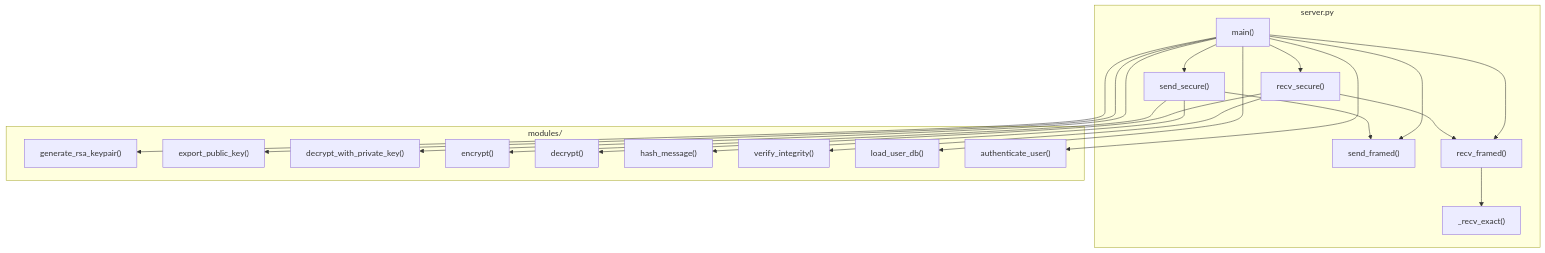
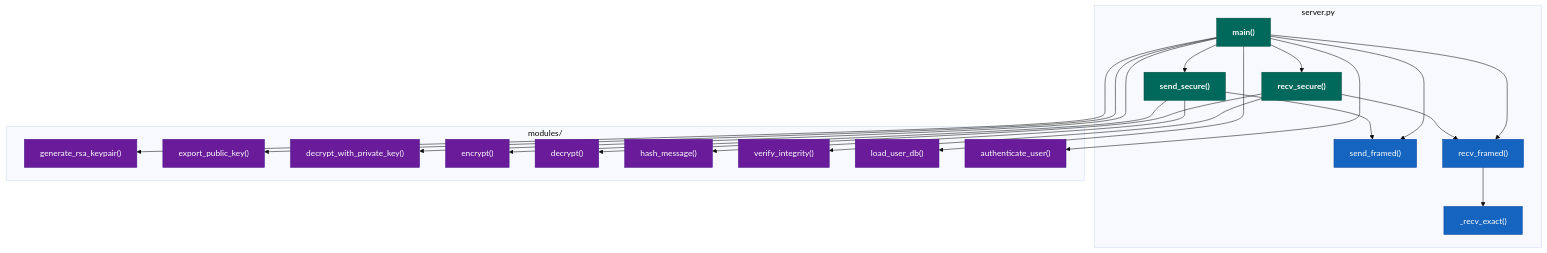
One commit to HeshamAfandi/Secure-Communication-System changed the tenth of 14 diagrams in PROJECT_DOCUMENTATION.md. Above: the diagram before and after it, drawn with Mermaid. The commit also changed other lines of this file, not shown here.

Commit message:
made the diagrams colored

````diff
--- a/PROJECT_DOCUMENTATION.md
+++ b/PROJECT_DOCUMENTATION.md
@@ -773,41 +829,46 @@
 ```mermaid
+%%{init: {'theme': 'base'}}%%
 flowchart TD
+    classDef serverFunc fill:#00695C,stroke:#004D40,color:#FFFFFF,font-weight:bold
+    classDef netFunc    fill:#1565C0,stroke:#0D47A1,color:#FFFFFF
+    classDef cryptoFunc fill:#6A1B9A,stroke:#4A148C,color:#FFFFFF
+
     subgraph SERVER["server.py"]
-        M["main()"]
-        SF["send_framed()"]
-        RF["recv_framed()"]
-        RE["_recv_exact()"]
-        SS["send_secure()"]
-        RS["recv_secure()"]
+        M["main()"]:::serverFunc
+        SF["send_framed()"]:::netFunc
+        RF["recv_framed()"]:::netFunc
+        RE["_recv_exact()"]:::netFunc
+        SS["send_secure()"]:::serverFunc
+        RS["recv_secure()"]:::serverFunc
     end
 
     subgraph CRYPTO["modules/"]
-        GK["generate_rsa_keypair()"]
-        EPK["export_public_key()"]
-        DPK["decrypt_with_private_key()"]
-        ENC["encrypt()"]
-        DEC["decrypt()"]
-        HM["hash_message()"]
-        VI["verify_integrity()"]
-        LDB["load_user_db()"]
-        AU["authenticate_user()"]
+        GK["generate_rsa_keypair()"]:::cryptoFunc
+        EPK["export_public_key()"]:::cryptoFunc
+        DPK["decrypt_with_private_key()"]:::cryptoFunc
+        ENC["encrypt()"]:::cryptoFunc
+        DEC["decrypt()"]:::cryptoFunc
+        HM["hash_message()"]:::cryptoFunc
+        VI["verify_integrity()"]:::cryptoFunc
+        LDB["load_user_db()"]:::cryptoFunc
+        AU["authenticate_user()"]:::cryptoFunc
     end
 
     M --> GK
     M --> EPK
     M --> SF
     M --> RF
     M --> DPK
     M --> LDB
     M --> AU
     M --> SS
     M --> RS
 
     RF --> RE
     SS --> HM
     SS --> ENC
     SS --> SF
     RS --> RF
     RS --> DEC
     RS --> VI
 ```
````
